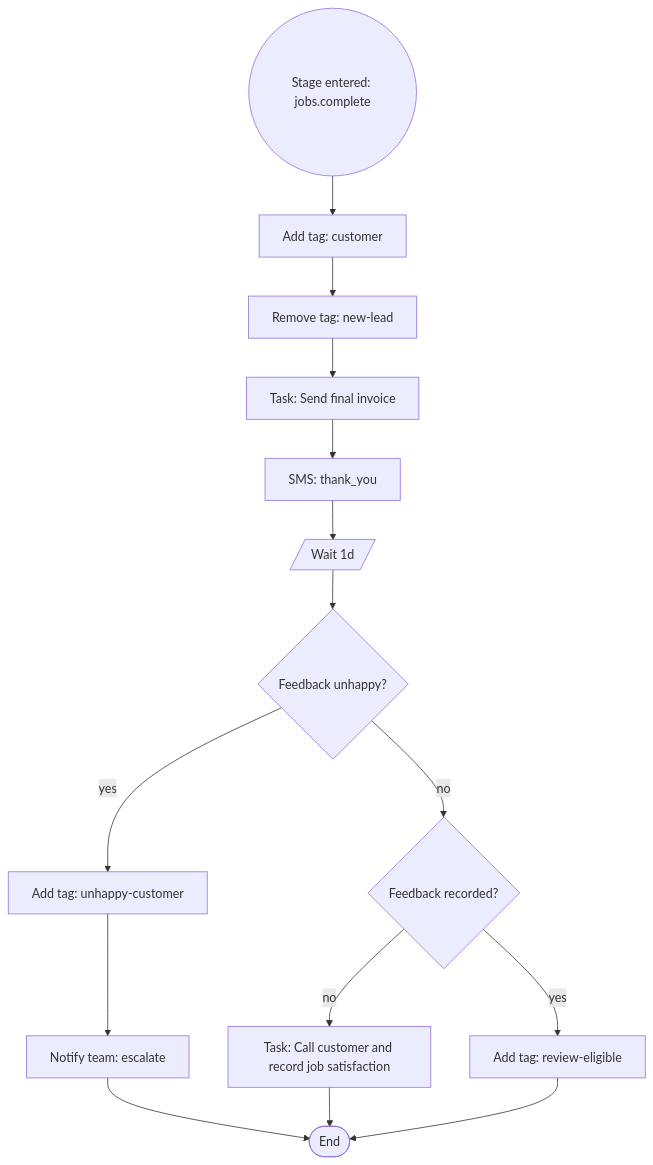
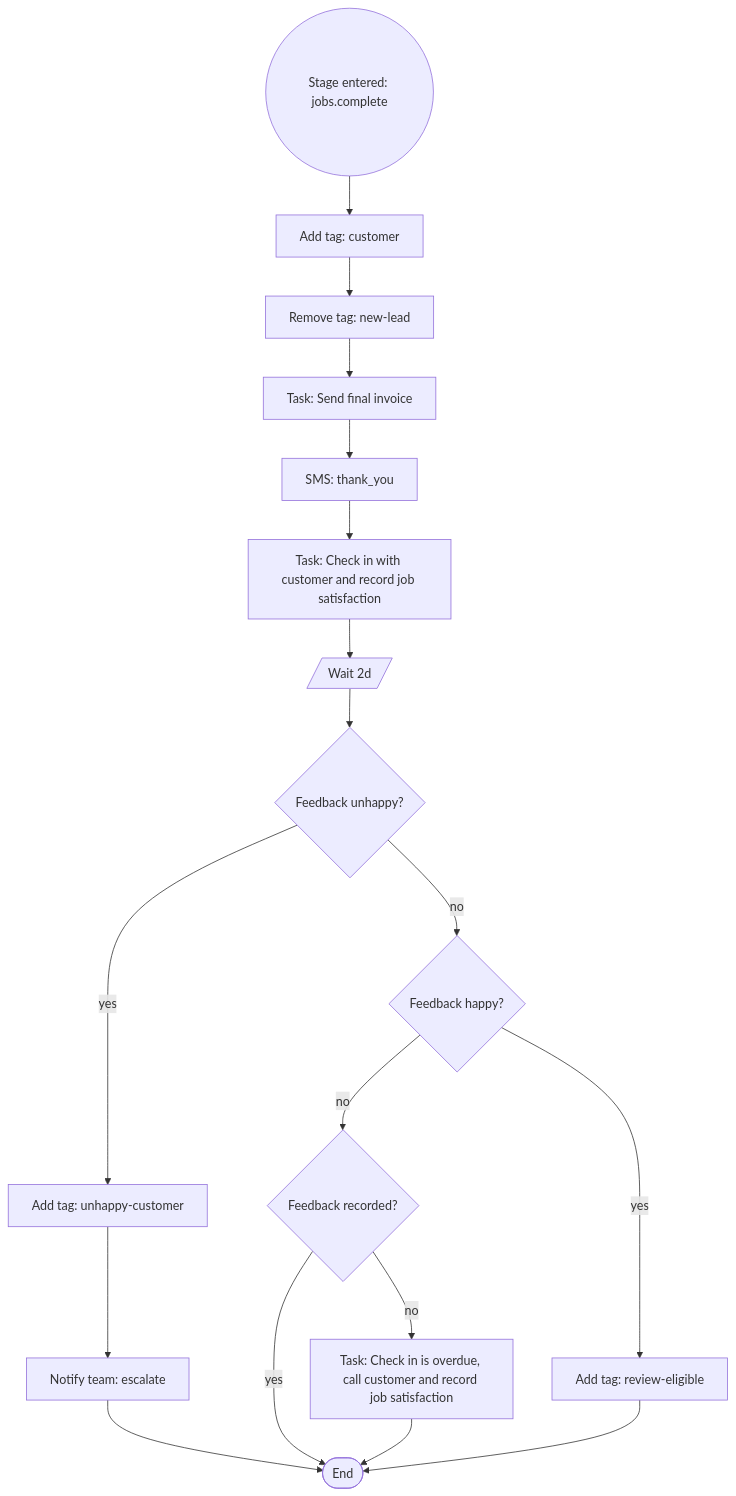
The fourth of 7 diagrams in docs/BLUEPRINT.md (midcityhandyman/ghl-home-services-blueprint), drawn with Mermaid before and after one commit. The commit also changed other lines of this file and 9 other files, not shown here.

````diff
--- a/docs/BLUEPRINT.md
+++ b/docs/BLUEPRINT.md
@@ -117,30 +117,35 @@
 ```mermaid
 flowchart TD
     trigger(("Stage entered: jobs.complete"))
     s_tag_customer["Add tag: customer"]
     s_clear_new_lead["Remove tag: new-lead"]
     s_invoice_task["Task: Send final invoice"]
     s_thank_you["SMS: thank_you"]
-    s_wait_1d[/"Wait 1d"/]
+    s_checkin_task["Task: Check in with customer and record job satisfaction"]
+    s_wait_2d[/"Wait 2d"/]
     s_was_unhappy{"Feedback unhappy?"}
     s_tag_unhappy["Add tag: unhappy-customer"]
     s_escalate["Notify team: escalate"]
+    s_was_happy{"Feedback happy?"}
     s_has_feedback{"Feedback recorded?"}
-    s_feedback_task["Task: Call customer and record job satisfaction"]
+    s_feedback_task["Task: Check in is overdue, call customer and record job satisfaction"]
     s_tag_review_eligible["Add tag: review-eligible"]
     s_done(["End"])
     trigger --> s_tag_customer
     s_tag_customer --> s_clear_new_lead
     s_clear_new_lead --> s_invoice_task
     s_invoice_task --> s_thank_you
-    s_thank_you --> s_wait_1d
-    s_wait_1d --> s_was_unhappy
+    s_thank_you --> s_checkin_task
+    s_checkin_task --> s_wait_2d
+    s_wait_2d --> s_was_unhappy
     s_was_unhappy -->|yes| s_tag_unhappy
-    s_was_unhappy -->|no| s_has_feedback
+    s_was_unhappy -->|no| s_was_happy
     s_tag_unhappy --> s_escalate
     s_escalate --> s_done
-    s_has_feedback -->|yes| s_tag_review_eligible
+    s_was_happy -->|yes| s_tag_review_eligible
+    s_was_happy -->|no| s_has_feedback
+    s_has_feedback -->|yes| s_done
     s_has_feedback -->|no| s_feedback_task
     s_feedback_task --> s_done
     s_tag_review_eligible --> s_done
 ```
````
